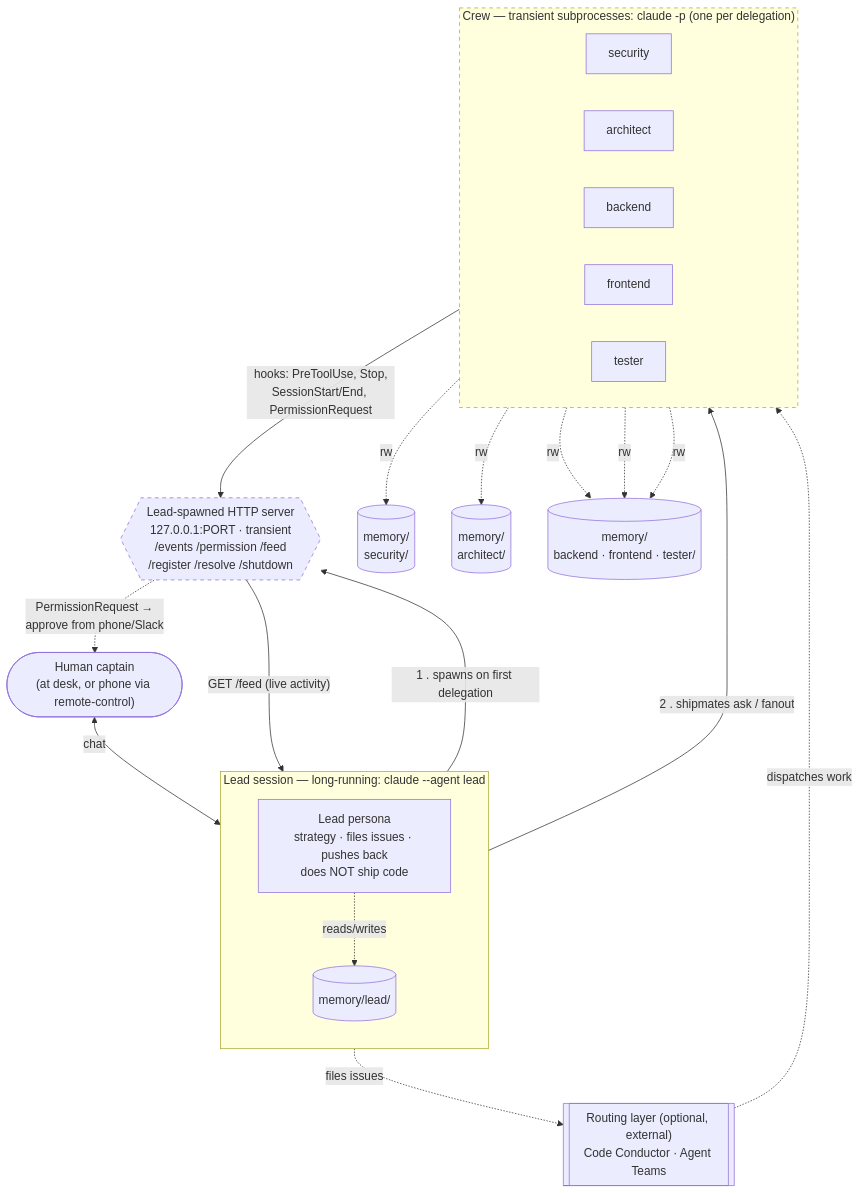
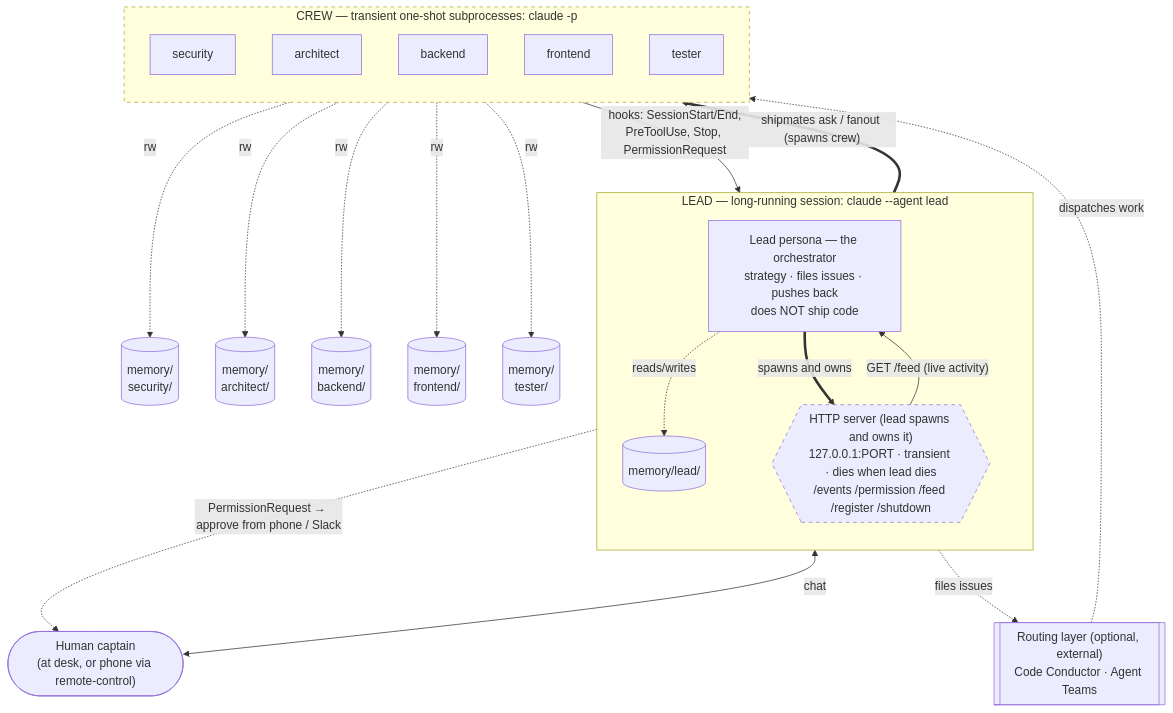
The diagram in docs/diagrams/topology.mmd (luthermonson/shipmates), drawn with Mermaid before and after one commit. The commit also changed 1 other file, not shown here.

Commit message:
docs: correct session lifecycle with verified CLI behavior; per-persona memory in topology
- architecture: --session-id is create-only (reuse errors); use --resume
  <name|uuid> to continue a worker, with repo-prefixed --name as the stable
  resume handle. Resolves open question #8. Note the stdin redirect gotcha.
- topology diagram: show each crew member with its own memory database
  (isolation by default), and lay out human-top / lead-left / crew-right.

```diff
--- a/docs/diagrams/topology.mmd
+++ b/docs/diagrams/topology.mmd
@@ -1,45 +1,47 @@
 flowchart TB
     Human(["Human captain<br/>(at desk, or phone via remote-control)"])
 
-    subgraph LeadSession["Lead session — long-running: claude --agent lead"]
+    subgraph LeadSession["LEAD — long-running session: claude --agent lead"]
         direction TB
-        LeadAI["Lead persona<br/>strategy · files issues · pushes back<br/>does NOT ship code"]
+        LeadAI["Lead persona — the orchestrator<br/>strategy · files issues · pushes back<br/>does NOT ship code"]
         LeadMem[("memory/lead/")]
+        Server{{"HTTP server (lead spawns and owns it)<br/>127.0.0.1:PORT · transient · dies when lead dies<br/>/events /permission /feed /register /shutdown"}}
         LeadAI -. reads/writes .-> LeadMem
+        LeadAI ==>|"spawns and owns"| Server
     end
 
-    Server{{"Lead-spawned HTTP server<br/>127.0.0.1:PORT · transient<br/>/events /permission /feed<br/>/register /resolve /shutdown"}}
-
-    subgraph CrewBox["Crew — transient subprocesses: claude -p (one per delegation)"]
-        direction LR
+    subgraph CrewBox["CREW — transient one-shot subprocesses: claude -p"]
+        direction TB
         Sec["security"]
         Arch["architect"]
         Back["backend"]
         Front["frontend"]
         Test["tester"]
     end
 
     SecMem[("memory/<br/>security/")]
     ArchMem[("memory/<br/>architect/")]
-    OtherMem[("memory/<br/>backend · frontend · tester/")]
+    BackMem[("memory/<br/>backend/")]
+    FrontMem[("memory/<br/>frontend/")]
+    TestMem[("memory/<br/>tester/")]
 
     Routing[["Routing layer (optional, external)<br/>Code Conductor · Agent Teams"]]
 
+    Human ~~~ CrewBox
     Human <-->|chat| LeadAI
-    LeadAI -->|"1 . spawns on first delegation"| Server
-    LeadAI -->|"2 . shipmates ask / fanout"| CrewBox
-    CrewBox -->|"hooks: PreToolUse, Stop,<br/>SessionStart/End, PermissionRequest"| Server
+    LeadAI ==>|"shipmates ask / fanout (spawns crew)"| CrewBox
+    CrewBox -->|"hooks: SessionStart/End,<br/>PreToolUse, Stop, PermissionRequest"| Server
     Server -->|"GET /feed (live activity)"| LeadAI
-    Server -. "PermissionRequest →<br/>approve from phone/Slack" .-> Human
+    Server -. "PermissionRequest → approve from phone / Slack" .-> Human
 
     Sec -. rw .-> SecMem
     Arch -. rw .-> ArchMem
-    Back -. rw .-> OtherMem
-    Front -. rw .-> OtherMem
-    Test -. rw .-> OtherMem
+    Back -. rw .-> BackMem
+    Front -. rw .-> FrontMem
+    Test -. rw .-> TestMem
 
     LeadAI -. "files issues" .-> Routing
     Routing -. "dispatches work" .-> CrewBox
 
     classDef transient stroke-dasharray: 5 5
     class Server,CrewBox transient
```
